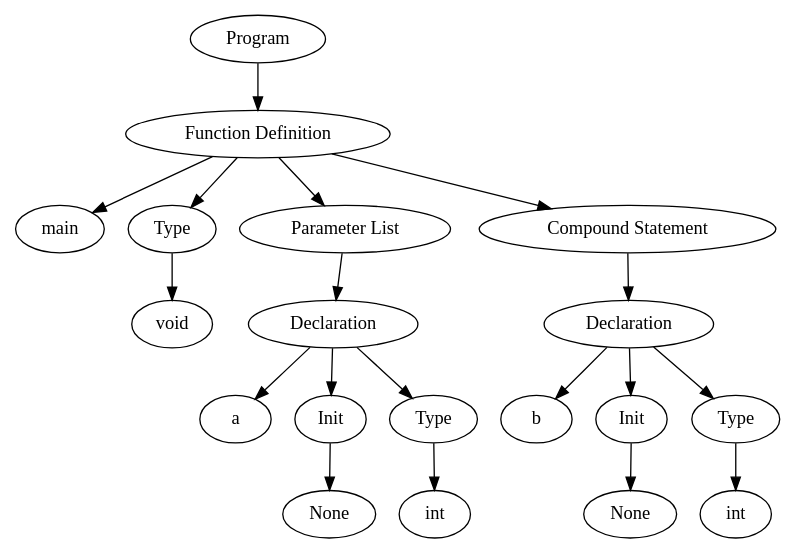
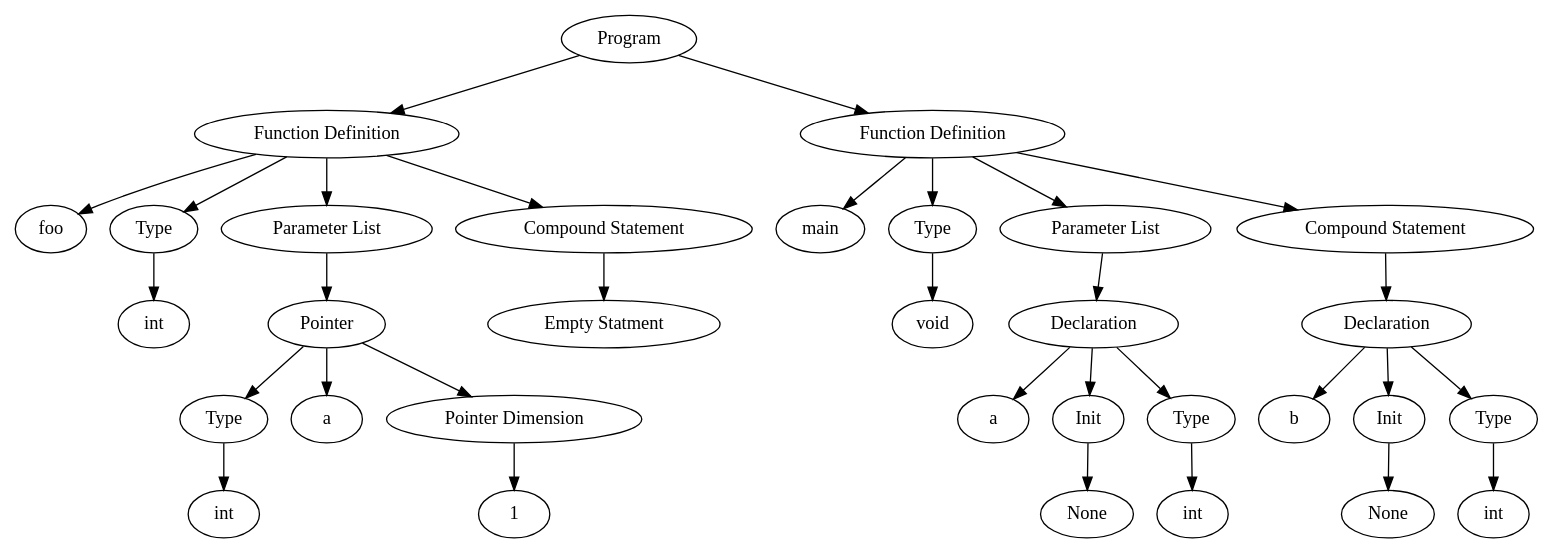
One commit to ChaseCarthen/CS660-Compiler-Construction changed the diagram in graph.dot. Above: the diagram before and after it, drawn with Graphviz. The commit also changed 5 other files, not shown here.

```diff
--- a/graph.dot
+++ b/graph.dot
@@ -1,12 +1,17 @@
 digraph parse_tree {
-{gv100000[label="Program"]}->{gv100017[label="Function Definition"]}{gv100017[label="Function Definition"]}->{gv100018[label="main"] gv100001[label="Type"] gv100003[label="Parameter List"] gv100010[label="Compound Statement"]};
-{gv100001[label="Type"]}->{gv100002[label="void"]};
-{gv100003[label="Parameter List"]}->{{gv100005[label="Declaration"]}};
-{gv100005[label="Declaration"]}->{gv100008[label="a"] gv100004[label="Init"] gv100006[label="Type"]};
-{gv100004[label="Init"]}->{gv100009[label="None"]};
-{gv100006[label="Type"]}->{gv100007[label="int"]};
-{gv100010[label="Compound Statement"]}->{{gv100012[label="Declaration"]}};
-{gv100012[label="Declaration"]}->{gv100015[label="b"] gv100011[label="Init"] gv100013[label="Type"]};
-{gv100011[label="Init"]}->{gv100016[label="None"]};
-{gv100013[label="Type"]}->{gv100014[label="int"]};
+{gv100000[label="Program"]}->{gv100012[label="Function Definition"]}{gv100012[label="Function Definition"]}->{gv100013[label="foo"] gv100001[label="Type"] gv100003[label="Parameter List"] gv100010[label="Compound Statement"]};
+{gv100001[label="Type"]}->{gv100002[label="int"]};
+{gv100003[label="Parameter List"]}->{gv100004[label="Pointer"]};
+{gv100004[label="Pointer"]}->{gv100006[label="Type"] gv100005[label="a"] gv100009[label="Pointer Dimension"]}{gv100009[label="Pointer Dimension"]}->{gv100008[label="1"]}{gv100006[label="Type"]}->{gv100007[label="int"]};
+{gv100010[label="Compound Statement"]}->{gv100011[label="Empty Statment"]};
+{gv100000[label="Program"]}->{gv100030[label="Function Definition"]}{gv100030[label="Function Definition"]}->{gv100031[label="main"] gv100014[label="Type"] gv100016[label="Parameter List"] gv100023[label="Compound Statement"]};
+{gv100014[label="Type"]}->{gv100015[label="void"]};
+{gv100016[label="Parameter List"]}->{{gv100018[label="Declaration"]}};
+{gv100018[label="Declaration"]}->{gv100021[label="a"] gv100017[label="Init"] gv100019[label="Type"]};
+{gv100017[label="Init"]}->{gv100022[label="None"]};
+{gv100019[label="Type"]}->{gv100020[label="int"]};
+{gv100023[label="Compound Statement"]}->{{gv100025[label="Declaration"]}};
+{gv100025[label="Declaration"]}->{gv100028[label="b"] gv100024[label="Init"] gv100026[label="Type"]};
+{gv100024[label="Init"]}->{gv100029[label="None"]};
+{gv100026[label="Type"]}->{gv100027[label="int"]};
 }
```
